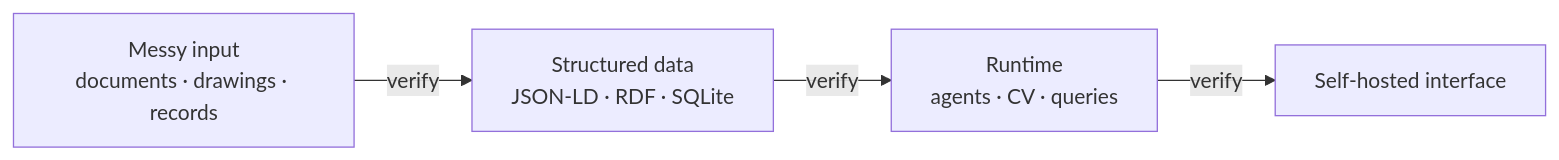
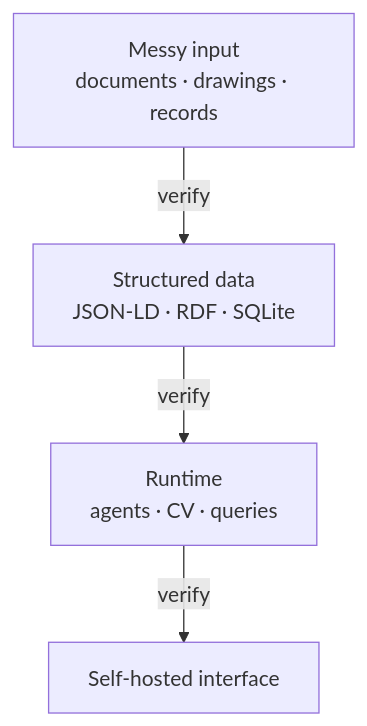
One commit to race-nevils/race-nevils changed the diagram in README.md. Above: the diagram before and after it, drawn with Mermaid.

Commit message:
Pipeline diagram top-down to clear the Mermaid zoom controls

````diff
--- a/README.md
+++ b/README.md
@@ -5,6 +5,6 @@
 ```mermaid
-flowchart LR
+flowchart TD
     A[Messy input<br/>documents · drawings · records] -->|verify| B[Structured data<br/>JSON-LD · RDF · SQLite]
     B -->|verify| C[Runtime<br/>agents · CV · queries]
     C -->|verify| D[Self-hosted interface]
 ```
````
